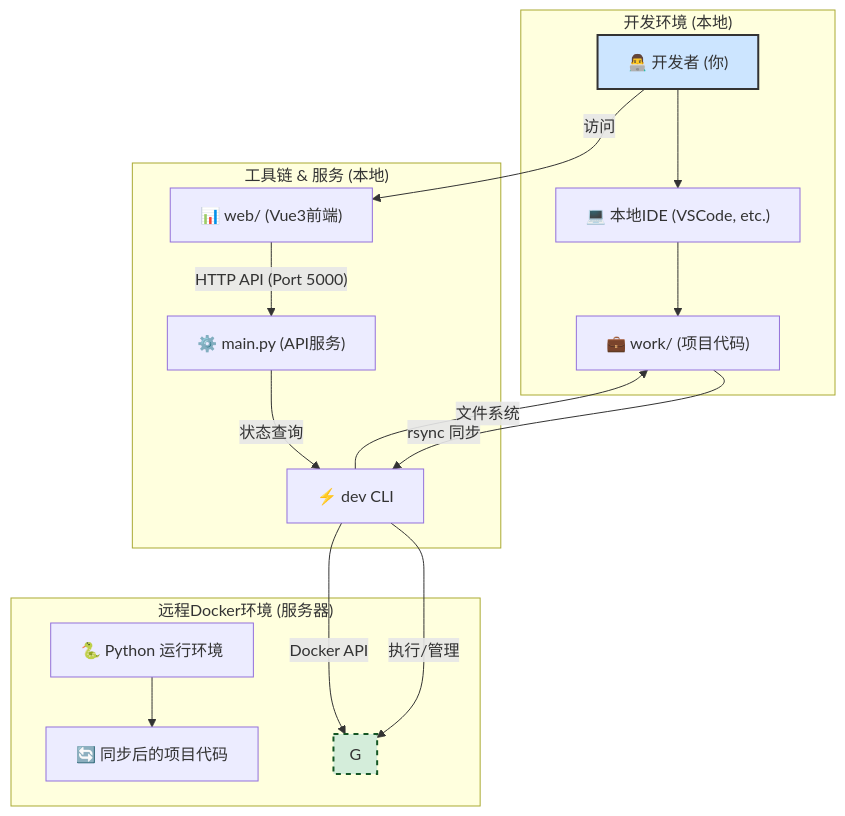
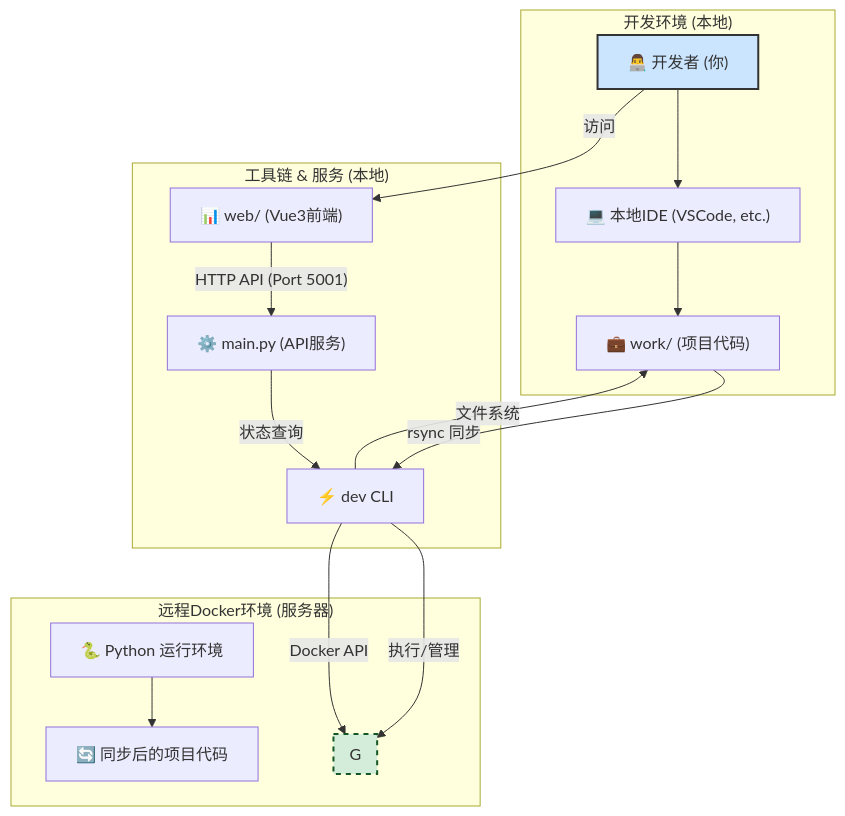
The first of 2 diagrams in README.md (Zhang-Jingdian/remote-dev), drawn with Mermaid before and after one commit. The commit also changed other lines of this file and 2 other files, not shown here.

````diff
--- a/README.md
+++ b/README.md
@@ -28,41 +28,41 @@
 ```mermaid
 graph TD
     subgraph "开发环境 (本地)"
         A["👨‍💻 开发者 (你)"]
         B["💻 本地IDE (VSCode, etc.)"]
         C["💼 work/ (项目代码)"]
     end
 
     subgraph "工具链 & 服务 (本地)"
         D["⚡ dev CLI"]
         E["⚙️ main.py (API服务)"]
         F["📊 web/ (Vue3前端)"]
     end
 
     subgraph "远程Docker环境 (服务器)"
         G["🐳 remote-dev-env 容器"]
         H["🐍 Python 运行环境"]
         I["🔄 同步后的项目代码"]
     end
 
     A --> B
     B --> C
 
     C -- "rsync 同步" --> D
     D -- "执行/管理" --> G
     D -- "文件系统" --> C
     
     A -- "访问" --> F
-    F -- "HTTP API (Port 5000)" --> E
+    F -- "HTTP API (Port 5001)" --> E
     E -- "状态查询" --> D
 
     D -- "Docker API" ---> G
     
     subgraph G
         direction LR
         H --> I
     end
 
     style A fill:#cce5ff,stroke:#333,stroke-width:2px
     style G fill:#d4edda,stroke:#155724,stroke-width:2px,stroke-dasharray: 5 5
 ```
````
